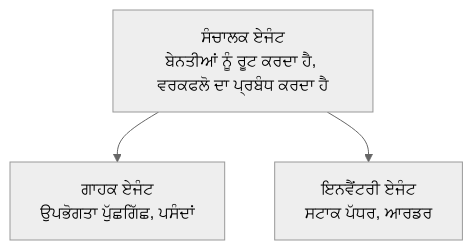
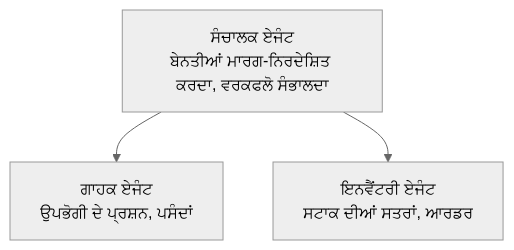
One commit to microsoft/AZD-for-beginners changed the diagram in translations/pa/docs/chapter-05-multi-agent/README.md. Above: the diagram before and after it, drawn with Mermaid (neutral theme). The commit also changed other lines of this file and 104 other files, not shown here.

````diff
--- a/translations/pa/docs/chapter-05-multi-agent/README.md
+++ b/translations/pa/docs/chapter-05-multi-agent/README.md
@@ -52,5 +54,5 @@
 ```mermaid
 graph TD
-    Orchestrator[ਸੰਚਾਲਕ ਏਜੰਟ<br/>ਬੇਨਤੀਆਂ ਨੂੰ ਰੂਟ ਕਰਦਾ ਹੈ, ਵਰਕਫਲੋ ਦਾ ਪ੍ਰਬੰਧ ਕਰਦਾ ਹੈ] --> Customer[ਗਾਹਕ ਏਜੰਟ<br/>ਉਪਭੋਗਤਾ ਪੁੱਛਗਿੱਛ, ਪਸੰਦਾਂ]
-    Orchestrator --> Inventory[ਇਨਵੈਂਟਰੀ ਏਜੰਟ<br/>ਸਟਾਕ ਪੱਧਰ, ਆਰਡਰ]
+    Orchestrator[ਸੰਚਾਲਕ ਏਜੰਟ<br/>ਬੇਨਤੀਆਂ ਮਾਰਗ-ਨਿਰਦੇਸ਼ਿਤ ਕਰਦਾ, ਵਰਕਫਲੋ ਸੰਭਾਲਦਾ] --> Customer[ਗਾਹਕ ਏਜੰਟ<br/>ਉਪਭੋਗੀ ਦੇ ਪ੍ਰਸ਼ਨ, ਪਸੰਦਾਂ]
+    Orchestrator --> Inventory[ਇਨਵੈਂਟਰੀ ਏਜੰਟ<br/>ਸਟਾਕ ਦੀਆਂ ਸਤਰਾਂ, ਆਰਡਰ]
 ```
````
